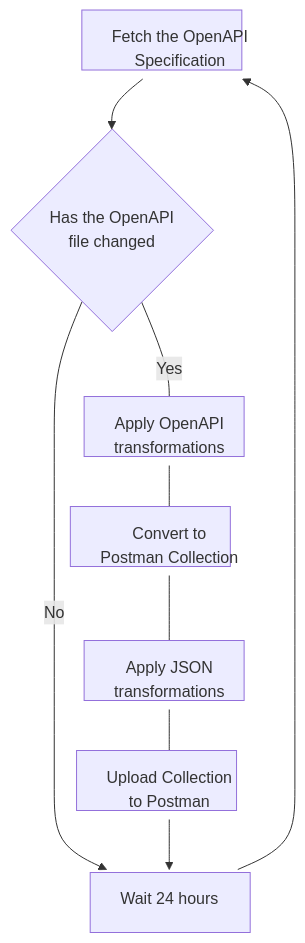
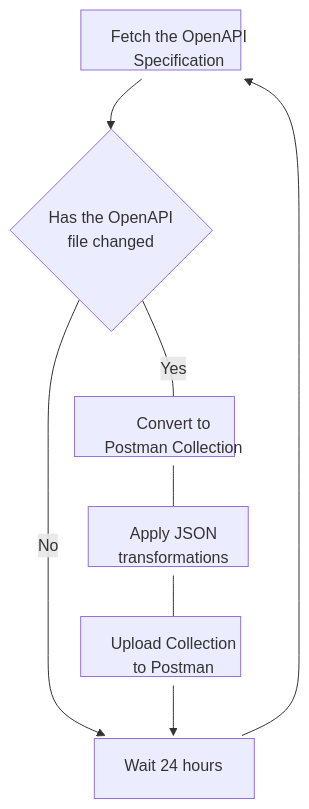
One commit to mongodb/openapi changed the diagram in tools/postman/README.md. Above: the diagram before and after it, drawn with Mermaid. The commit also changed other lines of this file and 1 other file, not shown here.

Commit message:
CLOUDP-263212: Changed README to reflect current scripts

````diff
--- a/tools/postman/README.md
+++ b/tools/postman/README.md
@@ -24,19 +24,17 @@
 ```mermaid
 flowchart TD
     A[Fetch the OpenAPI Specification] --> B{Has the OpenAPI\n file changed}
-    B --> |Yes| C[Apply OpenAPI\ntransformations]
-    B --> |No| G[Wait 24 hours]
-    C --> D[Convert to\nPostman Collection]
-    D --> E[Apply JSON\ntransformations]
-    E --> F[Upload Collection\nto Postman]
-    F --> G[Wait 24 hours]
-    G --> A[Fetch the OpenAPI\nSpecification]
+    B --> |Yes| C[Convert to\nPostman Collection]
+    B --> |No| F[Wait 24 hours]
+    C --> D[Apply JSON\ntransformations]
+    D --> E[Upload Collection\nto Postman]
+    E --> F[Wait 24 hours]
+    F --> A[Fetch the OpenAPI\nSpecification]
 
     style A width:160px,height:60px,text-align:center;
     style B width:160px,height:60px,text-align:center;
     style C width:160px,height:60px,text-align:center;
     style D width:160px,height:60px,text-align:center;
     style E width:160px,height:60px,text-align:center;
     style F width:160px,height:60px,text-align:center;
-    style G width:160px,height:60px,text-align:center;
 ```
````
